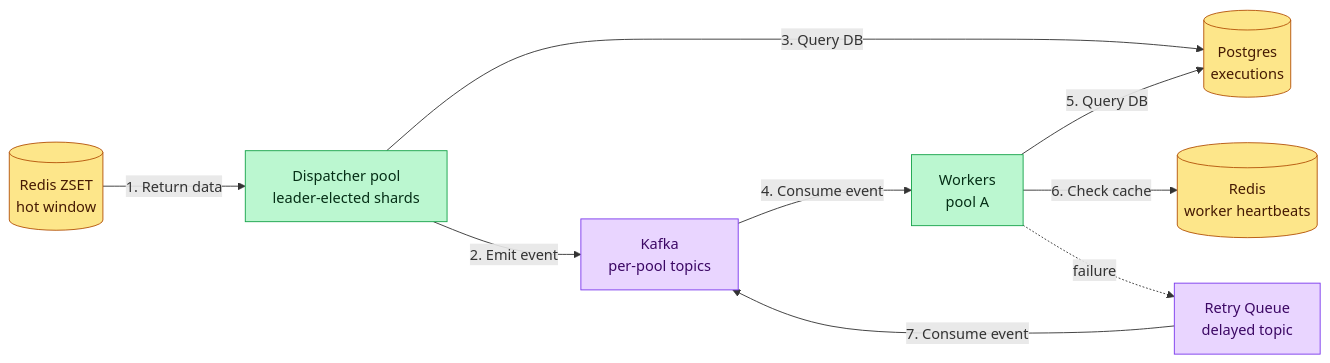
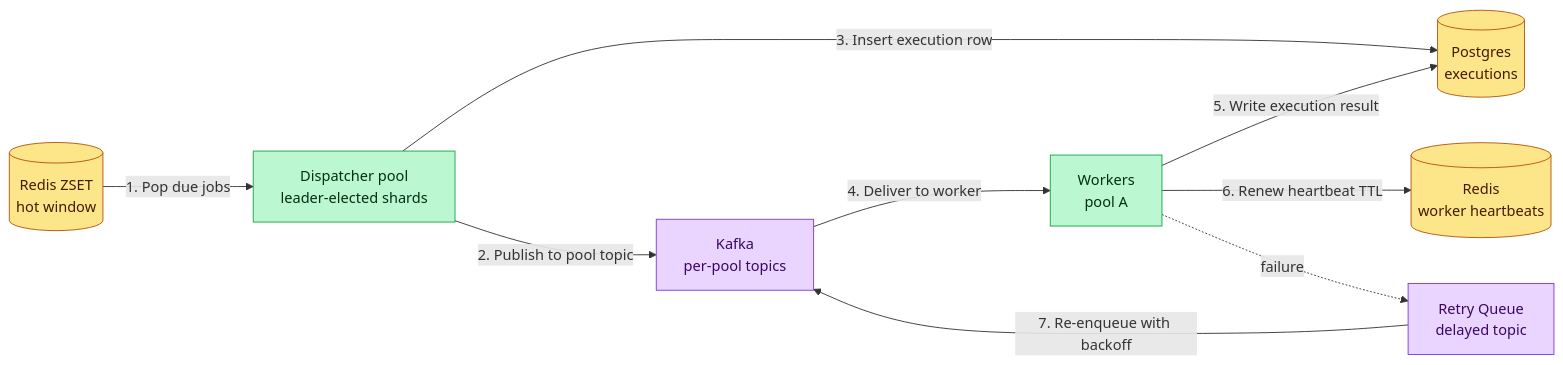
Before and after one commit to iluzn/HLD-Designs: the fourth of 11 diagrams in content/hld/JobScheduler.md, drawn with Mermaid. The commit also changed other lines of this file and 27 other files, not shown here.

````diff
--- a/content/hld/JobScheduler.md
+++ b/content/hld/JobScheduler.md
@@ -304,23 +304,23 @@
 ```mermaid
 flowchart LR
     CACHE[("Redis ZSET<br/>hot window")]:::data
     DISPATCH["Dispatcher pool<br/>leader-elected shards"]:::service
     KAFKA["Kafka<br/>per-pool topics"]:::async
     WORKER["Workers<br/>pool A"]:::service
     EXEC[("Postgres<br/>executions")]:::data
     HEARTBEAT[("Redis<br/>worker heartbeats")]:::data
     RETRY["Retry Queue<br/>delayed topic"]:::async
 
-    CACHE -->|"1. Return data"| DISPATCH
-    DISPATCH -->|"2. Emit event"| KAFKA
-    DISPATCH -->|"3. Query DB"| EXEC
-    KAFKA -->|"4. Consume event"| WORKER
-    WORKER -->|"5. Query DB"| EXEC
-    WORKER -->|"6. Check cache"| HEARTBEAT
+    CACHE -->|"1. Pop due jobs"| DISPATCH
+    DISPATCH -->|"2. Publish to pool topic"| KAFKA
+    DISPATCH -->|"3. Insert execution row"| EXEC
+    KAFKA -->|"4. Deliver to worker"| WORKER
+    WORKER -->|"5. Write execution result"| EXEC
+    WORKER -->|"6. Renew heartbeat TTL"| HEARTBEAT
     WORKER -.failure.-> RETRY
-    RETRY -->|"7. Consume event"| KAFKA
+    RETRY -->|"7. Re-enqueue with backoff"| KAFKA
 
     classDef service fill:#bbf7d0,stroke:#16a34a,color:#052e16
     classDef async fill:#e9d5ff,stroke:#7c3aed,color:#3b0764
     classDef data fill:#fde68a,stroke:#b45309,color:#451a03
 ```
````
